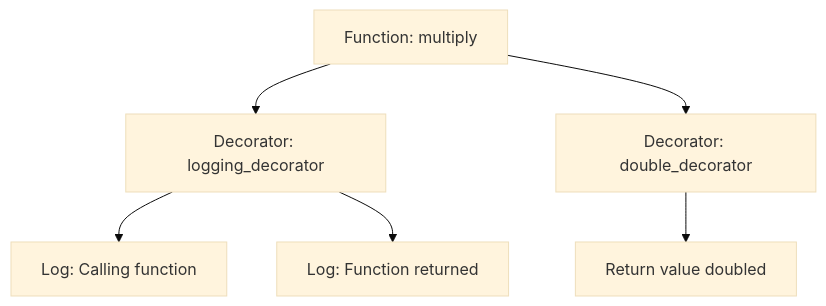
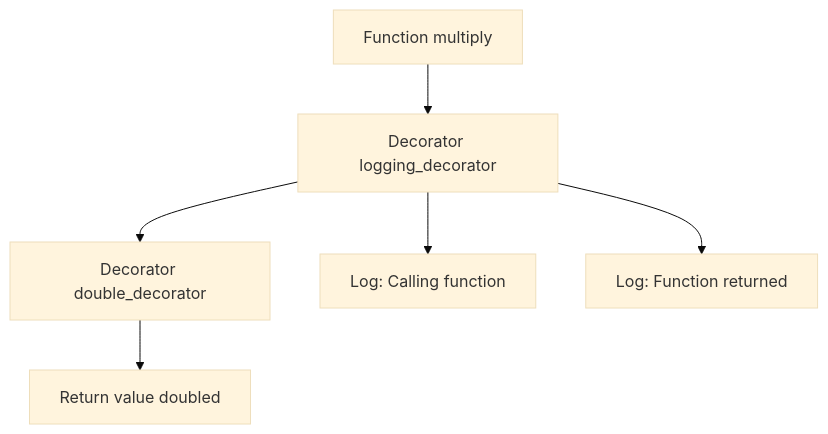
Before and after one commit to 42jerrykim/42jerrykim.github.io: the seventh of 16 diagrams in content/post/2024/2024-10-17-python-decorator/index.md, drawn with Mermaid (base theme). The commit also changed other lines of this file and 239 other files, not shown here.

````diff
--- a/content/post/2024/2024-10-17-python-decorator/index.md
+++ b/content/post/2024/2024-10-17-python-decorator/index.md
@@ -544,8 +463,14 @@
 ```mermaid
-graph TD;
-    A[Function: multiply] --> B[Decorator: logging_decorator]
-    A --> C[Decorator: double_decorator]
-    B --> D[Log: Calling function]
-    B --> E[Log: Function returned]
-    C --> F[Return value doubled]
+graph TD
+    Mult["Function multiply"]
+    LogDec["Decorator logging_decorator"]
+    DoubleDec["Decorator double_decorator"]
+    LogCall["Log: Calling function"]
+    LogReturn["Log: Function returned"]
+    DoubleReturn["Return value doubled"]
+    Mult --> LogDec
+    LogDec --> DoubleDec
+    LogDec --> LogCall
+    LogDec --> LogReturn
+    DoubleDec --> DoubleReturn
 ```
````
